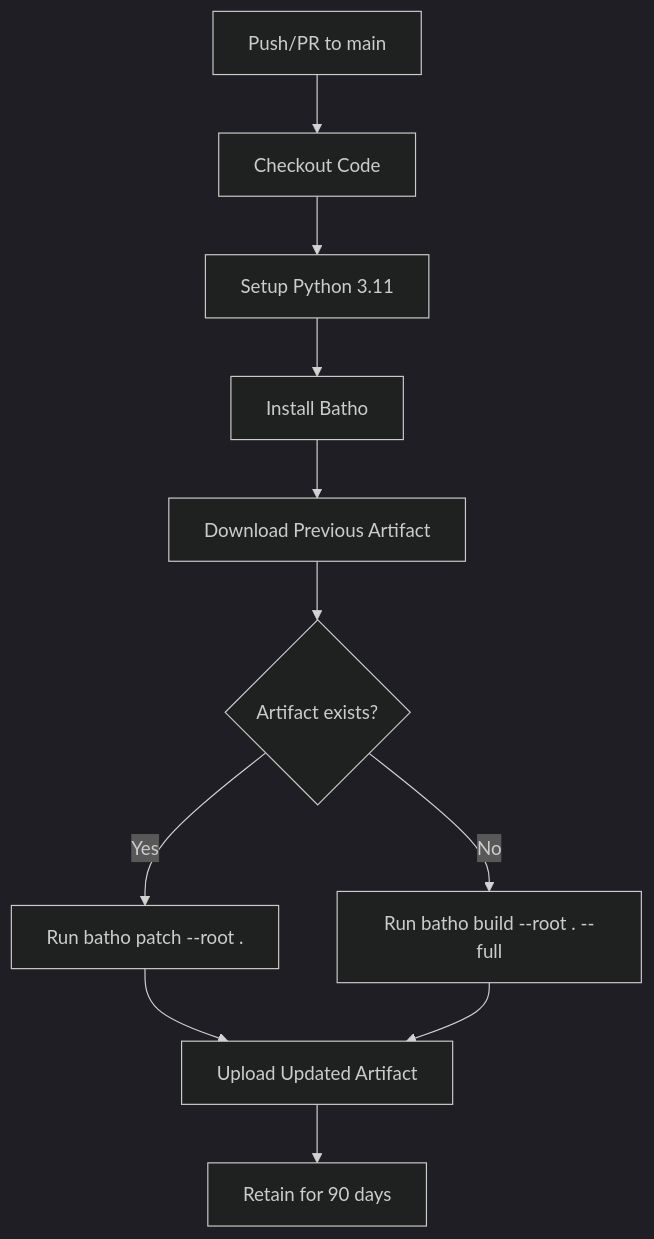
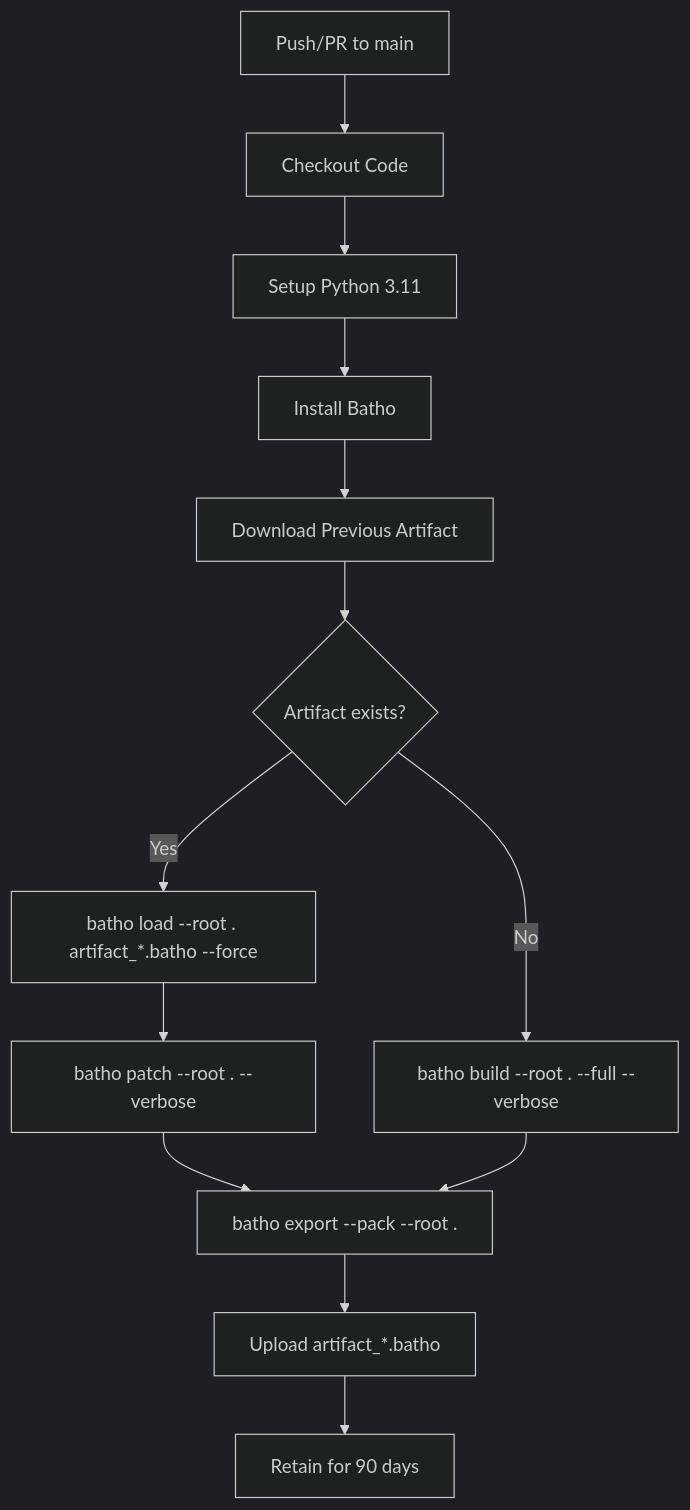
Before and after one commit to sageoz/Batho: the first of 2 diagrams in cicd/cicd.md, drawn with Mermaid (dark theme). The commit also changed other lines of this file and 20 other files, not shown here.

````diff
--- a/cicd/cicd.md
+++ b/cicd/cicd.md
@@ -57,13 +69,15 @@
 ```mermaid
 flowchart TD
     A["Push/PR to main"] --> B["Checkout Code"]
     B --> C["Setup Python 3.11"]
     C --> D["Install Batho"]
     D --> E["Download Previous Artifact"]
     E --> F{Artifact exists?}
-    F -- "Yes" --> G["Run batho patch --root ."]
-    F -- "No" --> H["Run batho build --root . --full"]
-    G --> I["Upload Updated Artifact"]
-    H --> I
-    I --> J["Retain for 90 days"]
+    F -- "Yes" --> G["batho load --root . artifact_*.batho --force"]
+    G --> H["batho patch --root . --verbose"]
+    H --> I["batho export --pack --root ."]
+    F -- "No" --> J["batho build --root . --full --verbose"]
+    J --> I
+    I --> K["Upload artifact_*.batho"]
+    K --> L["Retain for 90 days"]
 ```
````
